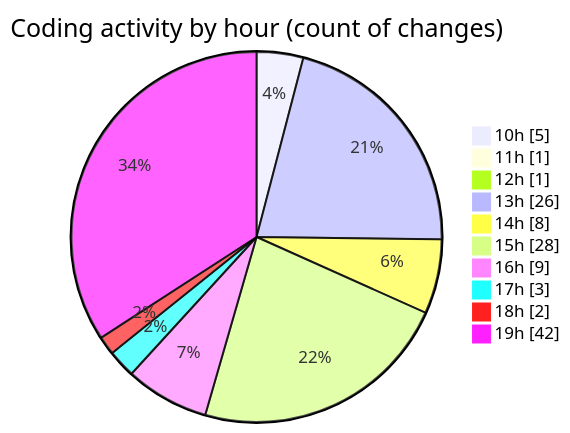
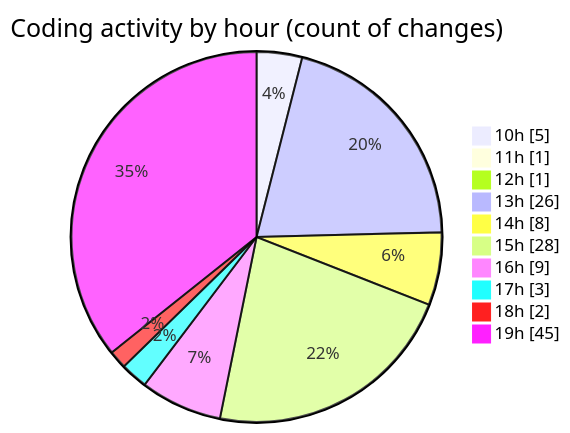
The second of 2 diagrams in 2026-04-21/cda/README.md (momahboobian/code-tracking), drawn with Mermaid before and after one commit. The commit also changed other lines of this file and 1 other file, not shown here.

````diff
--- a/2026-04-21/cda/README.md
+++ b/2026-04-21/cda/README.md
@@ -70,14 +71,14 @@
 ```mermaid
 pie showData
 title Coding activity by hour (count of changes)
 "10h" : 5
 "11h" : 1
 "12h" : 1
 "13h" : 26
 "14h" : 8
 "15h" : 28
 "16h" : 9
 "17h" : 3
 "18h" : 2
-"19h" : 42
+"19h" : 45
 ```
````
